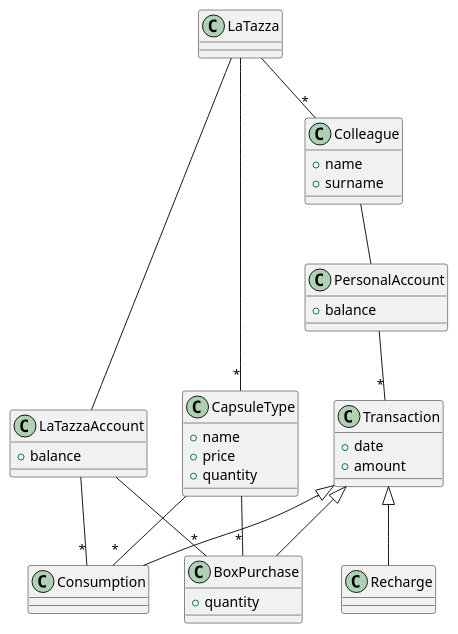
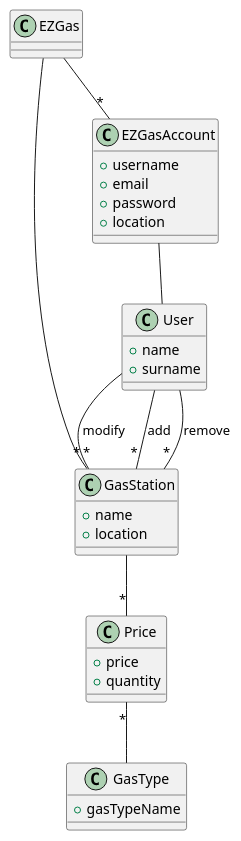
One commit to SoftengPoliTo/Lab2 changed the third of 3 diagrams in REQ_s274254.md. Above: the diagram before and after it, drawn with PlantUML. The commit also changed other lines of this file, not shown here.

````diff
--- a/REQ_s274254.md
+++ b/REQ_s274254.md
@@ -203,52 +249,43 @@
 ```plantuml
-class LaTazza
-class Colleague {
+class EZGas
+class GasStation {
++ name
++ location
+}
+
+class GasType {
++ gasTypeName
+}
+
+class Price {
++ price
++ quantity
+}
+
+class EZGasAccount {
++username
++email
++password
++location
+}
+
+
+class User{
 + name
 + surname
 }
 
-class PersonalAccount {
-+ balance
-}
-
-class CapsuleType {
-+ name
-+ price
-+ quantity
-}
-
-class LaTazzaAccount {
-+ balance
-}
-
-class BoxPurchase {
-+ quantity
-}
-
-class Transaction {
-+ date
-+ amount
-}
-
-class Recharge
-class Consumption
 
 
-LaTazza -- "*" Colleague
-LaTazza -- "*" CapsuleType
-LaTazza -- LaTazzaAccount
+EZGas -- "*" GasStation
+EZGas --  "*" EZGasAccount 
+GasStation -- "*" Price
+EZGasAccount --  User
 
-LaTazzaAccount -- "*" BoxPurchase
-LaTazzaAccount -- "*" Consumption
+User --  "*" GasStation : modify
+User --  "*" GasStation : add
+User --  "*" GasStation : remove
 
-CapsuleType -- "*" Consumption
-CapsuleType -- "*" BoxPurchase
-
-Colleague -- PersonalAccount
-PersonalAccount -- "*" Transaction
-
-Transaction <|-- Recharge
-Transaction <|-- Consumption
-Transaction <|-- BoxPurchase
+Price"*" --  GasType
 
 ```
````
